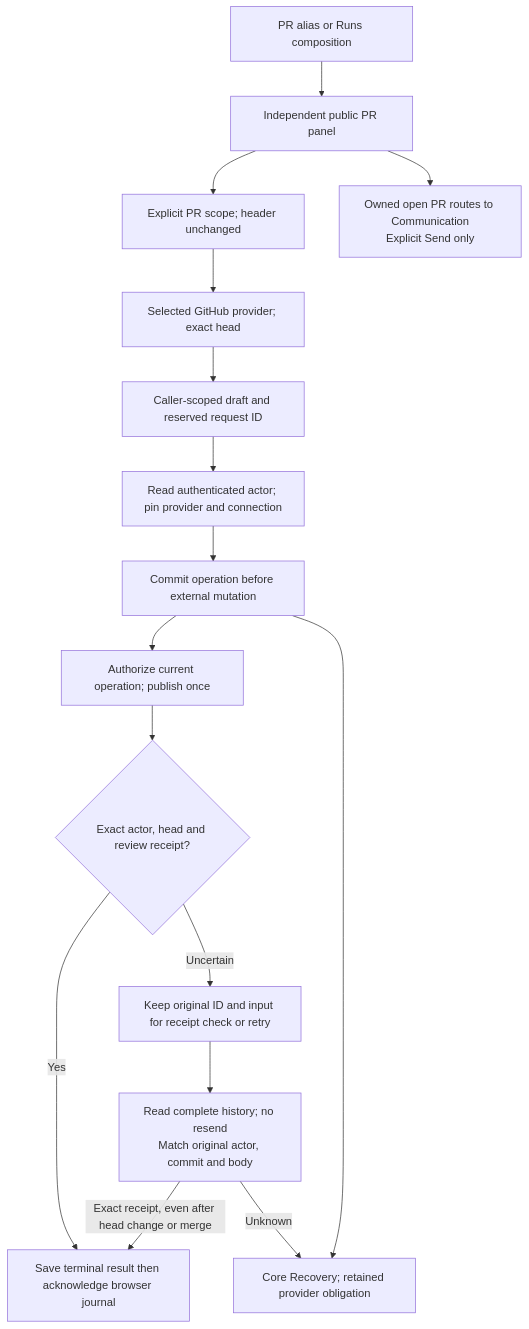
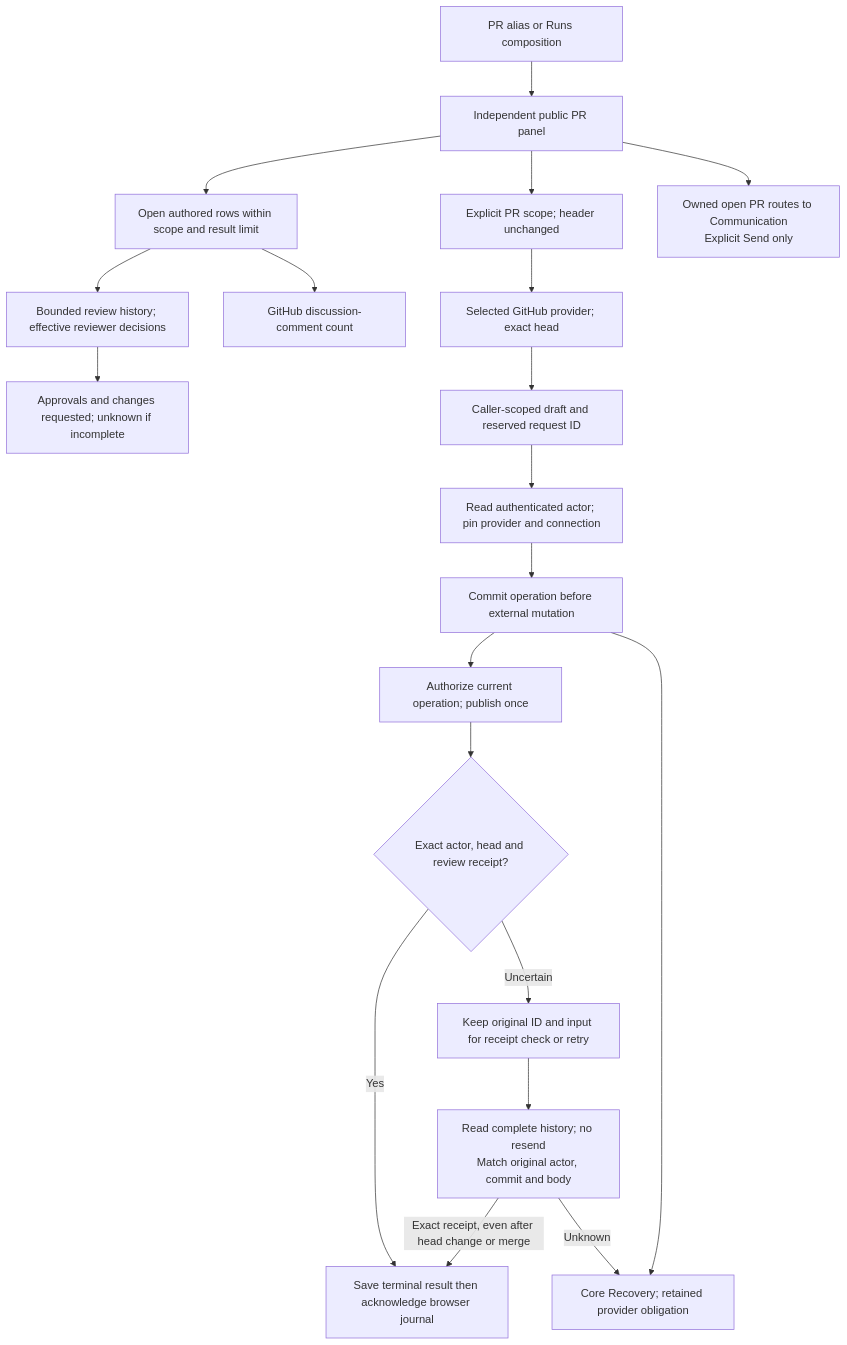
The eighth of 26 diagrams in docs/helmsman-process.md (nloehlein-godaddy/helmsman), drawn with Mermaid before and after one commit. The commit also changed 5 other files, not shown here.

Commit message:
test: verify authored PR counts in installed plugins

````diff
--- a/docs/helmsman-process.md
+++ b/docs/helmsman-process.md
@@ -222,18 +222,22 @@
 ```mermaid
 flowchart TD
     Alias[PR alias or Runs composition] --> Panel[Independent public PR panel]
+    Panel --> Counts[Open authored rows within scope and result limit]
+    Counts --> Reviews[Bounded review history; effective reviewer decisions]
+    Reviews --> Totals[Approvals and changes requested; unknown if incomplete]
+    Counts --> Comments[GitHub discussion-comment count]
     Panel --> Scope[Explicit PR scope; header unchanged]
     Scope --> Inspect[Selected GitHub provider; exact head]
     Inspect --> Journal[Caller-scoped draft and reserved request ID]
     Journal --> Prepare[Read authenticated actor; pin provider and connection]
     Prepare --> Durable[Commit operation before external mutation]
     Durable --> Publish[Authorize current operation; publish once]
     Publish --> Proven{Exact actor, head and review receipt?}
     Proven -->|Yes| Save[Save terminal result then acknowledge browser journal]
     Proven -->|Uncertain| Retain[Keep original ID and input for receipt check or retry]
     Retain --> Reconcile[Read complete history; no resend<br/>Match original actor, commit and body]
     Reconcile -->|Exact receipt, even after head change or merge| Save
     Reconcile -->|Unknown| Recovery
     Durable --> Recovery[Core Recovery; retained provider obligation]
     Panel --> Communication[Owned open PR routes to Communication<br/>Explicit Send only]
 ```
````
